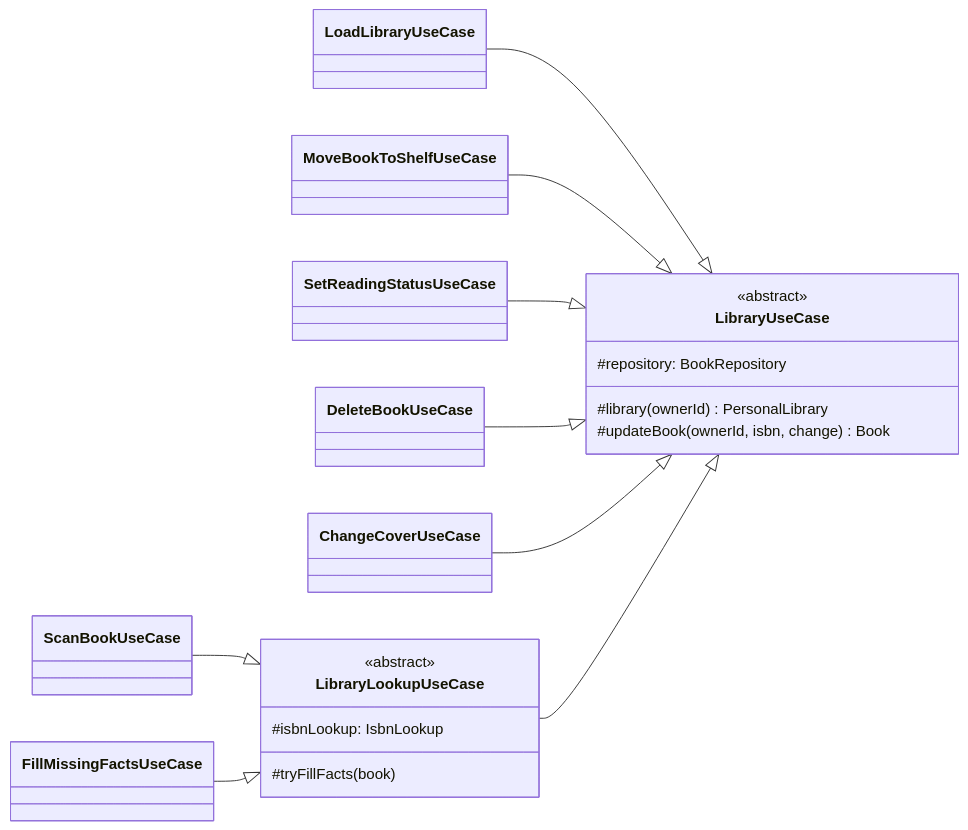
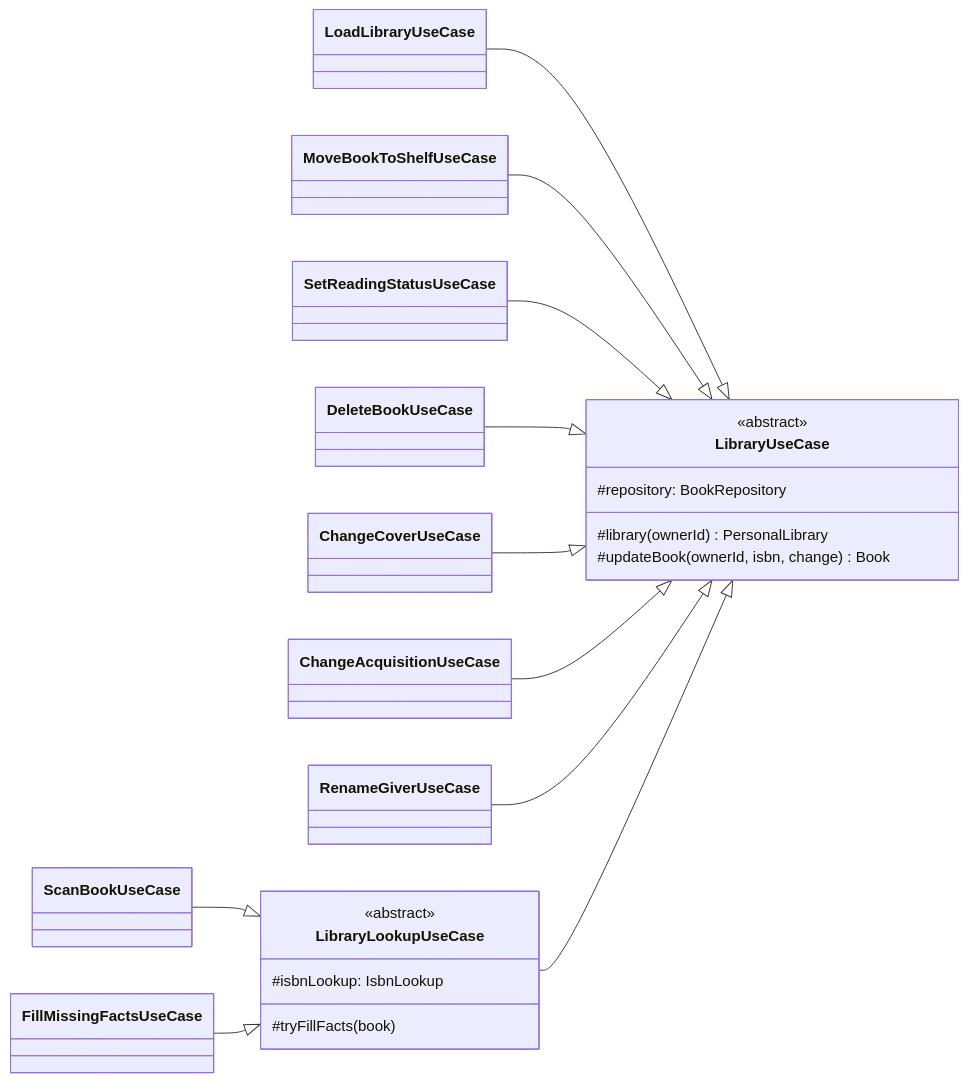
Before and after one commit to ghechavarria/cen5064-project-hechavarria: the diagram in docs/design/diagrams/iface-service.mmd, drawn with Mermaid. The commit also changed 19 other files, not shown here.

```diff
--- a/docs/design/diagrams/iface-service.mmd
+++ b/docs/design/diagrams/iface-service.mmd
@@ -1,21 +1,23 @@
 classDiagram
     direction LR
     class LibraryUseCase {
         <<abstract>>
         #repository: BookRepository
         #library(ownerId) PersonalLibrary
         #updateBook(ownerId, isbn, change) Book
     }
     class LibraryLookupUseCase {
         <<abstract>>
         #isbnLookup: IsbnLookup
         #tryFillFacts(book)
     }
     LoadLibraryUseCase --|> LibraryUseCase
     MoveBookToShelfUseCase --|> LibraryUseCase
     SetReadingStatusUseCase --|> LibraryUseCase
     DeleteBookUseCase --|> LibraryUseCase
     ChangeCoverUseCase --|> LibraryUseCase
+    ChangeAcquisitionUseCase --|> LibraryUseCase
+    RenameGiverUseCase --|> LibraryUseCase
     LibraryLookupUseCase --|> LibraryUseCase
     ScanBookUseCase --|> LibraryLookupUseCase
     FillMissingFactsUseCase --|> LibraryLookupUseCase
```
